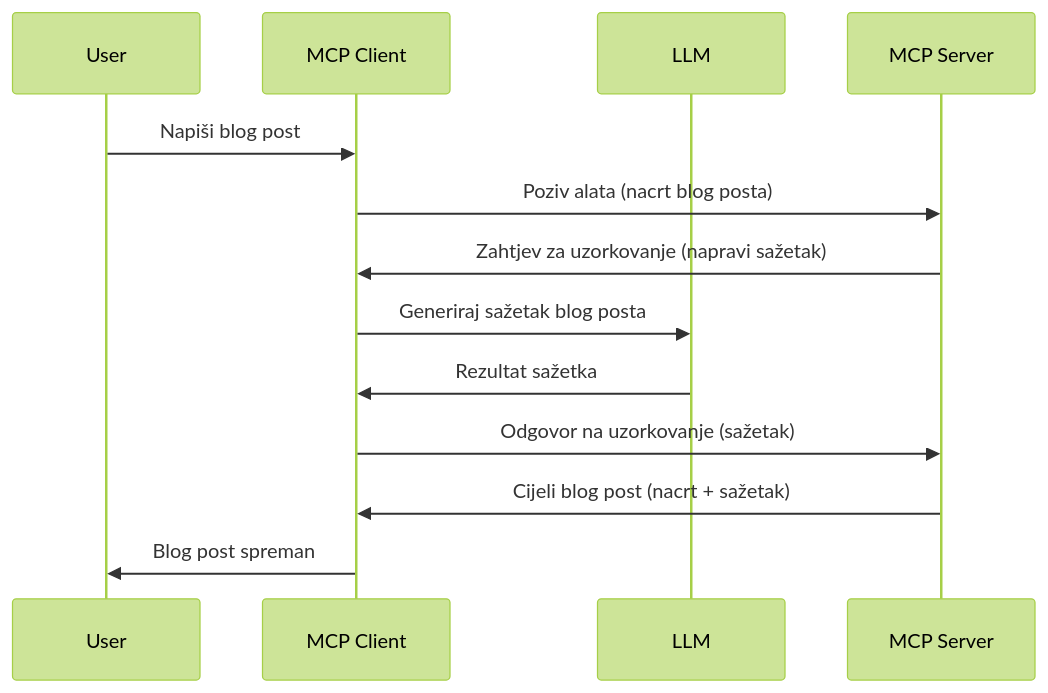
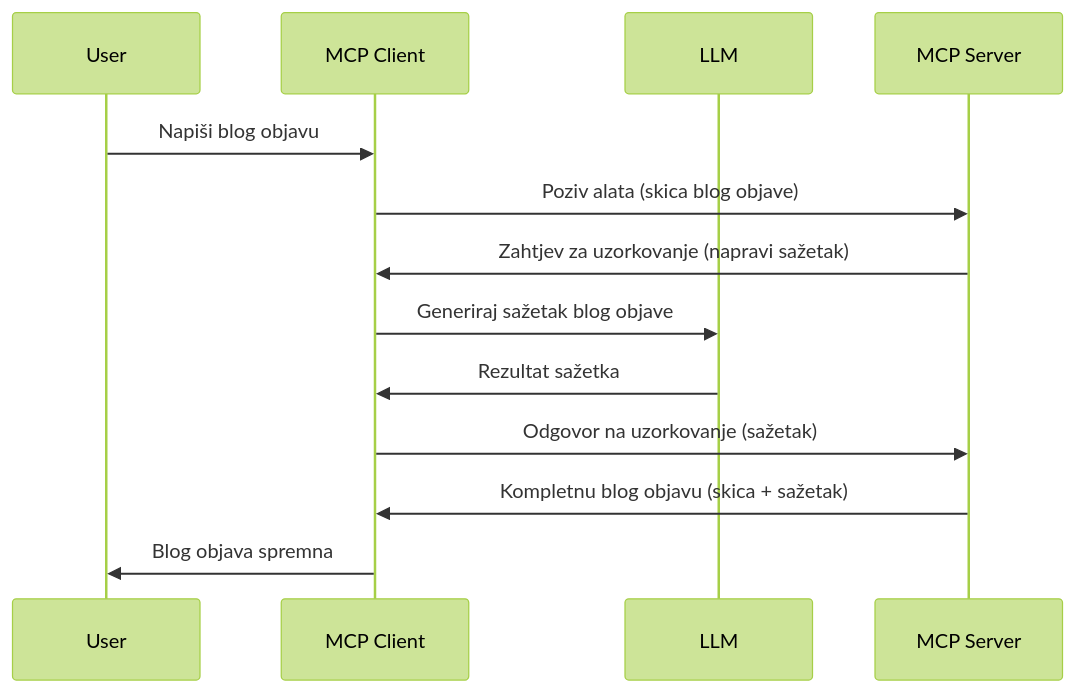
One commit to HIDORAKAI002/ai-workspace-archive changed the diagram in mcp_ecosystem__model_context_protocol/mcp_learning_resources/mcp-for-beginners/translations/hr/03-GettingStarted/14-sampling/README.md. Above: the diagram before and after it, drawn with Mermaid (forest theme). The commit also changed other lines of this file and 1539 other files, not shown here.

````diff
--- a/mcp_ecosystem__model_context_protocol/mcp_learning_resources/mcp-for-beginners/translations/hr/03-GettingStarted/14-sampling/README.md
+++ b/mcp_ecosystem__model_context_protocol/mcp_learning_resources/mcp-for-beginners/translations/hr/03-GettingStarted/14-sampling/README.md
@@ -23,16 +23,16 @@
 ```mermaid
 sequenceDiagram
     participant User
     participant MCP Client
     participant LLM
     participant MCP Server
 
-    User->>MCP Client: Napiši blog post
-    MCP Client->>MCP Server: Poziv alata (nacrt blog posta)
+    User->>MCP Client: Napiši blog objavu
+    MCP Client->>MCP Server: Poziv alata (skica blog objave)
     MCP Server->>MCP Client: Zahtjev za uzorkovanje (napravi sažetak)
-    MCP Client->>LLM: Generiraj sažetak blog posta
+    MCP Client->>LLM: Generiraj sažetak blog objave
     LLM->>MCP Client: Rezultat sažetka
     MCP Client->>MCP Server: Odgovor na uzorkovanje (sažetak)
-    MCP Server->>MCP Client: Cijeli blog post (nacrt + sažetak)
-    MCP Client->>User: Blog post spreman
+    MCP Server->>MCP Client: Kompletnu blog objavu (skica + sažetak)
+    MCP Client->>User: Blog objava spremna
 ```
````
